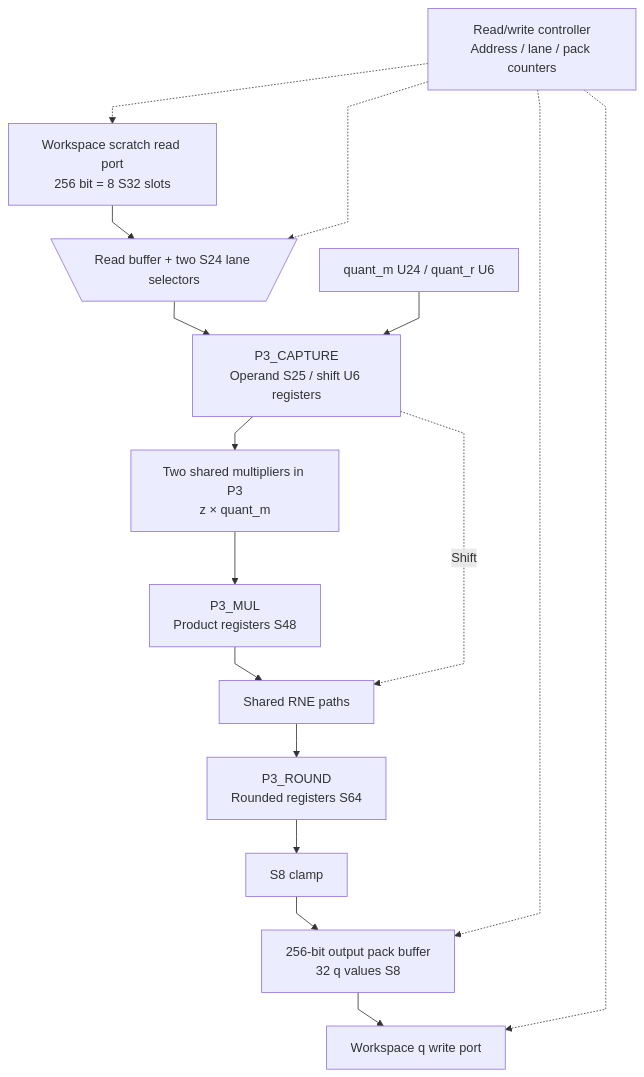
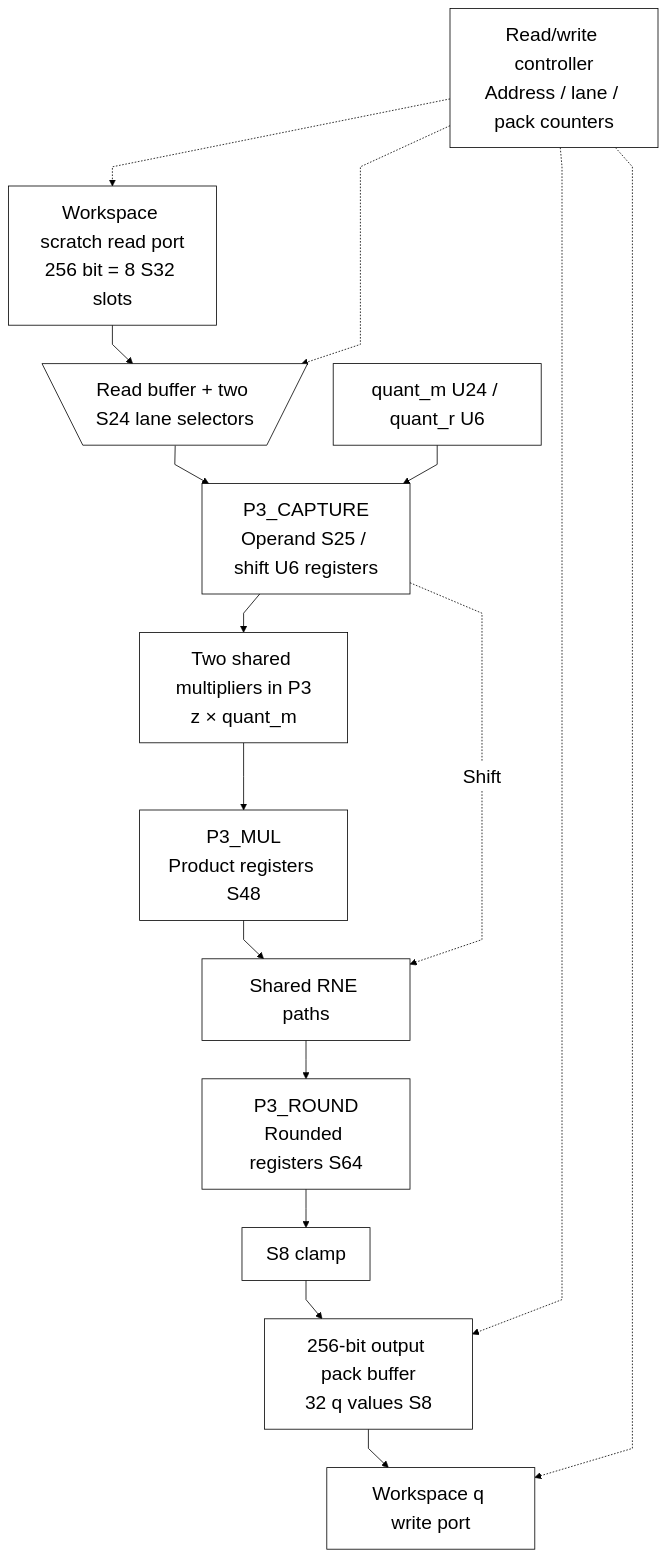
Before and after one commit to nguyennhutkhanhtom/NPU: the fourth of 4 diagrams in docs/source_guide/blocks/norm.sv.md, drawn with Mermaid. The commit also changed other lines of this file and 102 other files, not shown here.

First line of the commit message:
docs: refresh guides and source-grounded RTL diagrams

````diff
--- a/docs/source_guide/blocks/norm.sv.md
+++ b/docs/source_guide/blocks/norm.sv.md
@@ -1005,19 +109,21 @@
 ```mermaid
+%%{init: {"theme":"base","fontFamily":"Arial, sans-serif","themeVariables":{"fontSize":"24px","primaryColor":"#ffffff","primaryTextColor":"#000000","primaryBorderColor":"#000000","secondaryColor":"#ffffff","tertiaryColor":"#ffffff","lineColor":"#000000","textColor":"#000000","mainBkg":"#ffffff","nodeBorder":"#000000","clusterBkg":"#ffffff","clusterBorder":"#000000","edgeLabelBackground":"#ffffff"},"flowchart":{"htmlLabels":true,"useMaxWidth":false,"nodeSpacing":32,"rankSpacing":48,"curve":"linear","subGraphTitleMargin":{"top":16,"bottom":30}}}}%%
 flowchart TB
-%%{init: {"flowchart": {"subGraphTitleMargin": {"top": 8, "bottom": 20}, "nodeSpacing": 28, "rankSpacing": 42, "curve": "linear"}}}%%
-    WS["Workspace scratch read port<br/>256 bit = 8 S32 slots"] --> BUF@{ shape: trap-t, label: "Read buffer + two S24 lane selectors" }
+WS["Workspace scratch read port<br/>256 bit = 8 S32 slots"] --> BUF@{ shape: trap-t, label: "Read buffer + two S24 lane selectors" }
     BUF --> OREG["P3_CAPTURE<br/>Operand S25 / shift U6 registers"]
     COEF["quant_m U24 / quant_r U6"] --> OREG
     OREG --> MUL["Two shared multipliers in P3<br/>z × quant_m"]
     MUL --> PREG["P3_MUL<br/>Product registers S48"]
     PREG --> RNE["Shared RNE paths"]
     OREG -.->|"Shift"| RNE
     RNE --> RREG["P3_ROUND<br/>Rounded registers S64"]
     RREG --> ROUND["S8 clamp"]
     ROUND --> PACK["256-bit output pack buffer<br/>32 q values S8"]
     PACK --> OUT["Workspace q write port"]
     CTRL["Read/write controller<br/>Address / lane / pack counters"] -.-> WS
     CTRL -.-> BUF
     CTRL -.-> PACK
     CTRL -.-> OUT
+    classDef default fill:white,stroke:black,color:black,font-size:24px;
+    linkStyle default stroke:black,color:black;
 ```
````
